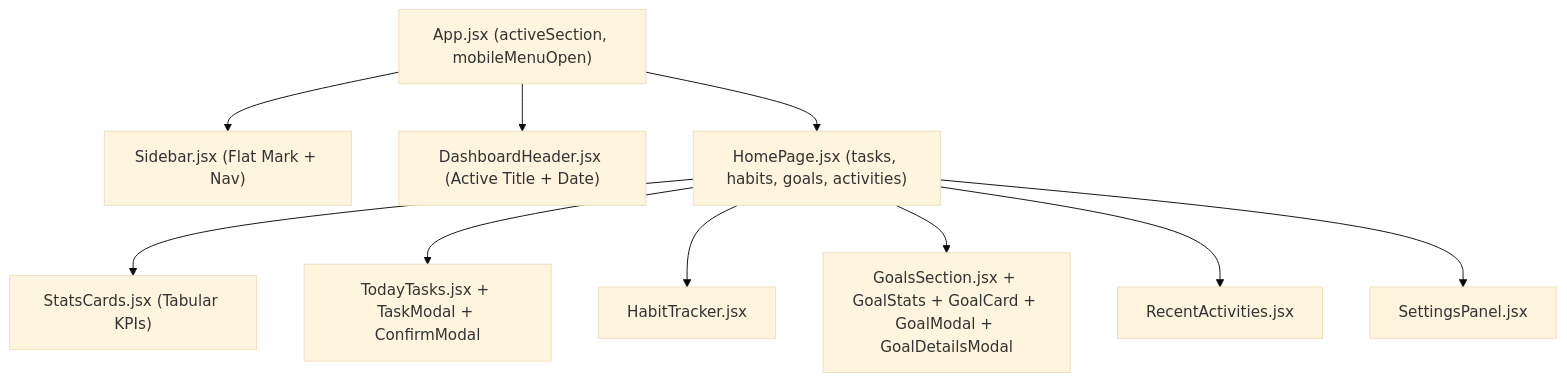
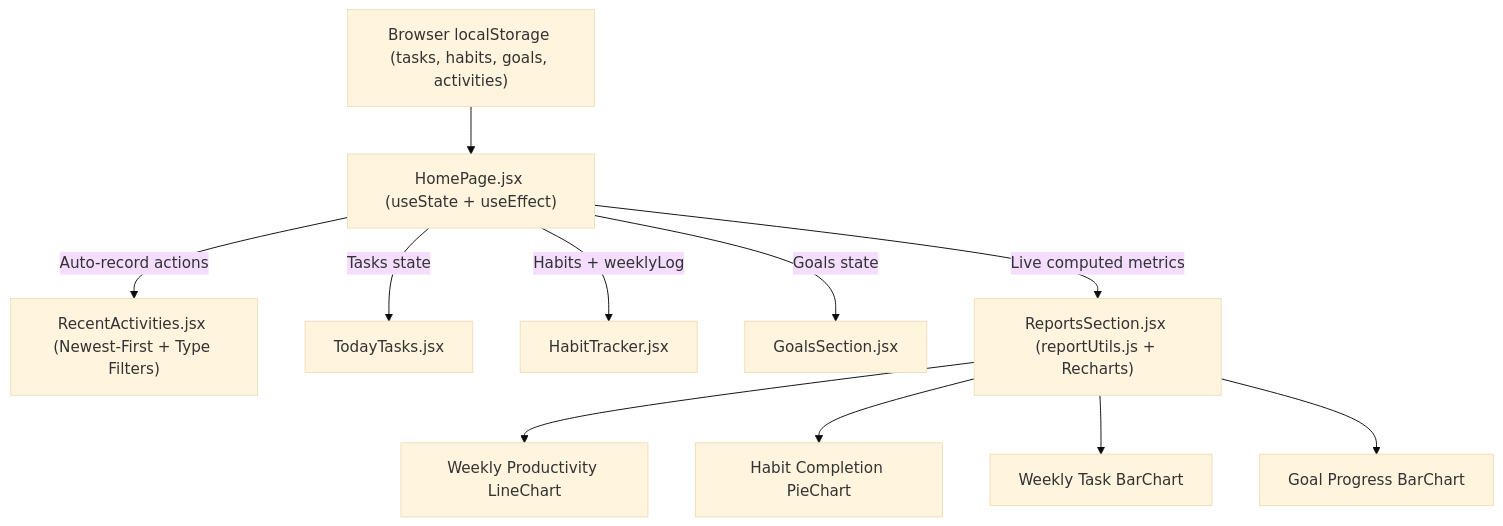
The first of 2 diagrams in personname.md (vedikamande/LifeSync), drawn with Mermaid (base theme) before and after one commit. The commit also changed other lines of this file and 14 other files, not shown here.

Commit message:
Add Phase 6 Activities, Progress Reports, and Recharts analytics

````diff
--- a/personname.md
+++ b/personname.md
@@ -77,12 +93,13 @@
 ```mermaid
 flowchart TD
-    App["App.jsx (activeSection, mobileMenuOpen)"] --> Sidebar["Sidebar.jsx (Flat Mark + Nav)"]
-    App --> Header["DashboardHeader.jsx (Active Title + Date)"]
-    App --> Home["HomePage.jsx (tasks, habits, goals, activities)"]
-    Home --> Stats["StatsCards.jsx (Tabular KPIs)"]
-    Home --> Tasks["TodayTasks.jsx + TaskModal + ConfirmModal"]
-    Home --> Habits["HabitTracker.jsx"]
-    Home --> Goals["GoalsSection.jsx + GoalStats + GoalCard + GoalModal + GoalDetailsModal"]
-    Home --> Activities["RecentActivities.jsx"]
-    Home --> Settings["SettingsPanel.jsx"]
+    LS["Browser localStorage (tasks, habits, goals, activities)"] --> Home["HomePage.jsx (useState + useEffect)"]
+    Home -->|"Auto-record actions"| Act["RecentActivities.jsx (Newest-First + Type Filters)"]
+    Home -->|"Tasks state"| Tasks["TodayTasks.jsx"]
+    Home -->|"Habits + weeklyLog"| Habits["HabitTracker.jsx"]
+    Home -->|"Goals state"| Goals["GoalsSection.jsx"]
+    Home -->|"Live computed metrics"| Reports["ReportsSection.jsx (reportUtils.js + Recharts)"]
+    Reports --> Line["Weekly Productivity LineChart"]
+    Reports --> Pie["Habit Completion PieChart"]
+    Reports --> TaskBar["Weekly Task BarChart"]
+    Reports --> GoalBar["Goal Progress BarChart"]
 ```
````
